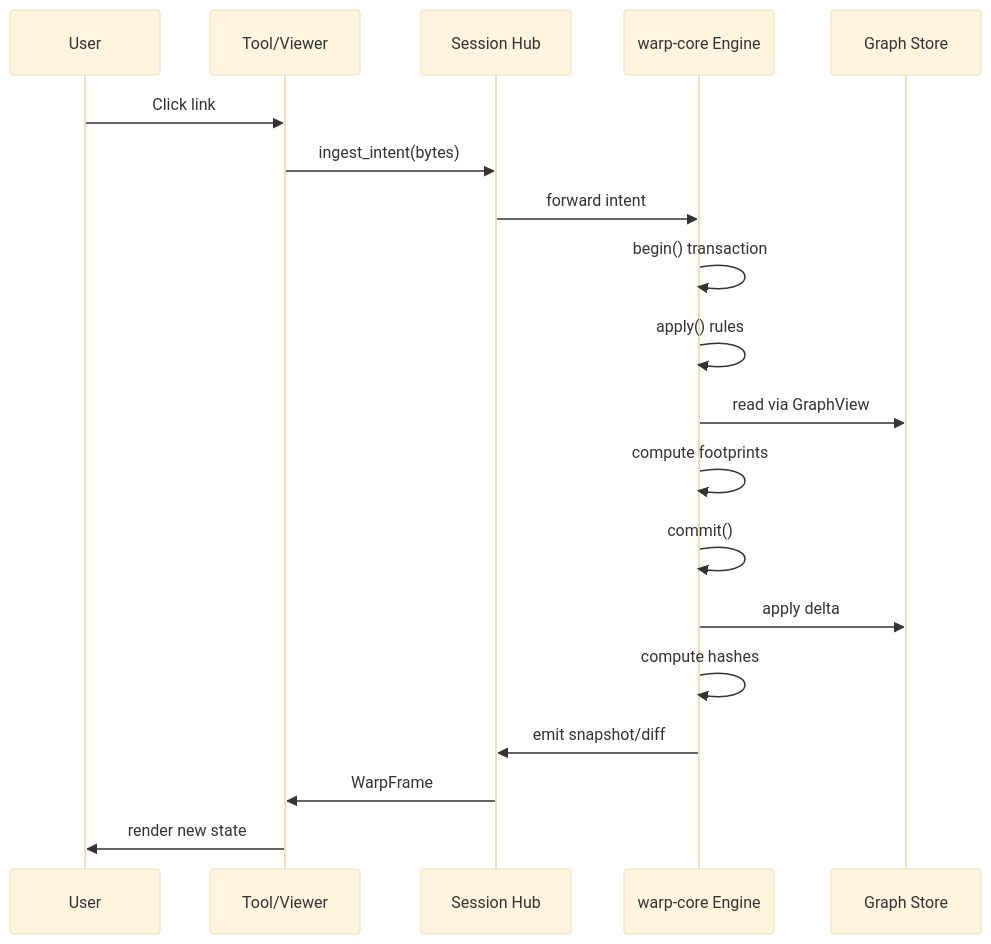
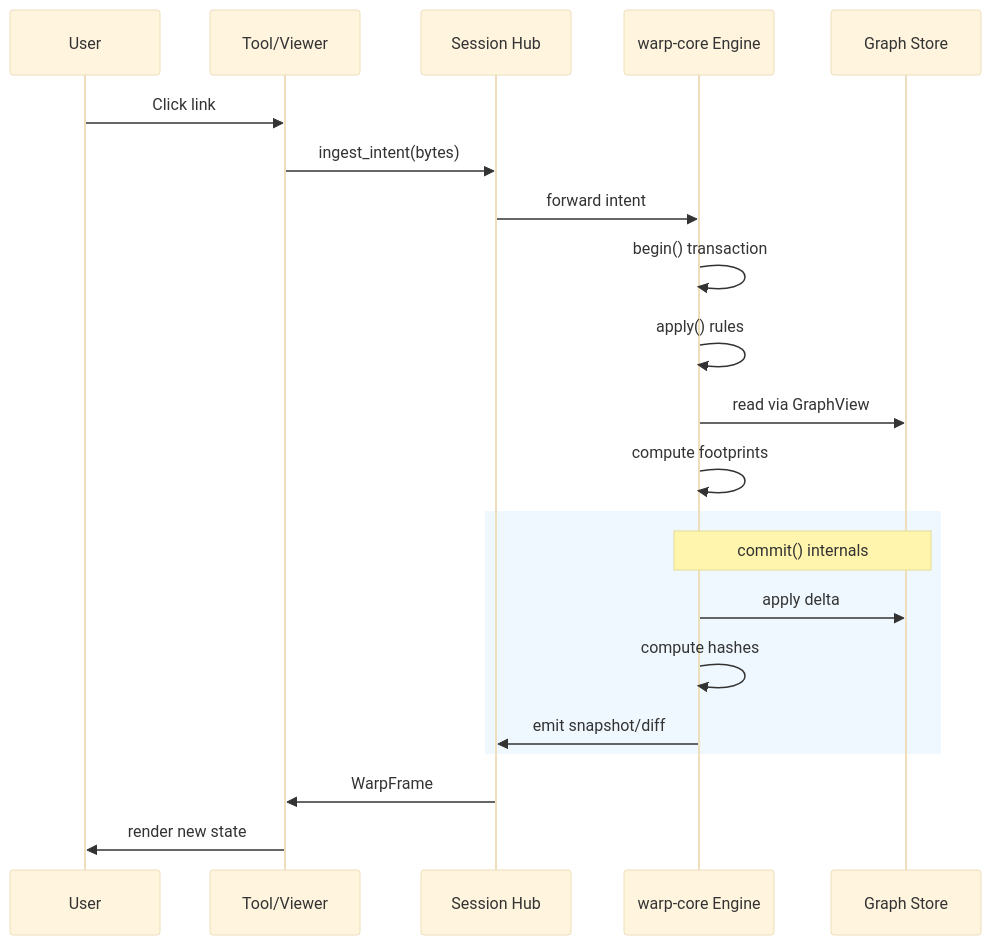
Before and after one commit to flyingrobots/echo: the diagram in docs/study/diagrams/tour-02.mmd, drawn with Mermaid (base theme). The commit also changed 45 other files, not shown here.

First line of the commit message:
docs: fix Mermaid diagrams and visual atlas references

```diff
--- a/docs/study/diagrams/tour-02.mmd
+++ b/docs/study/diagrams/tour-02.mmd
@@ -1,20 +1,24 @@
 sequenceDiagram
     participant User
     participant Tool as Tool/Viewer
     participant Hub as Session Hub
     participant Engine as warp-core Engine
     participant Store as Graph Store
 
     User->>Tool: Click link
     Tool->>Hub: ingest_intent(bytes)
     Hub->>Engine: forward intent
     Engine->>Engine: begin() transaction
     Engine->>Engine: apply() rules
     Engine->>Store: read via GraphView
     Engine->>Engine: compute footprints
-    Engine->>Engine: commit()
-    Engine->>Store: apply delta
-    Engine->>Engine: compute hashes
-    Engine->>Hub: emit snapshot/diff
+
+    rect rgb(240, 248, 255)
+        Note over Engine,Store: commit() internals
+        Engine->>Store: apply delta
+        Engine->>Engine: compute hashes
+        Engine->>Hub: emit snapshot/diff
+    end
+
     Hub->>Tool: WarpFrame
     Tool->>User: render new state
```
